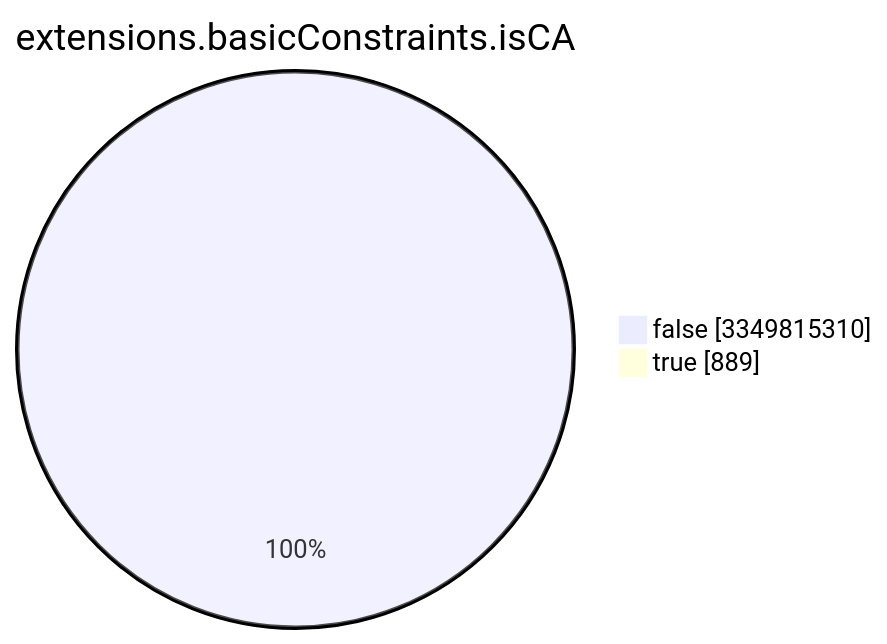
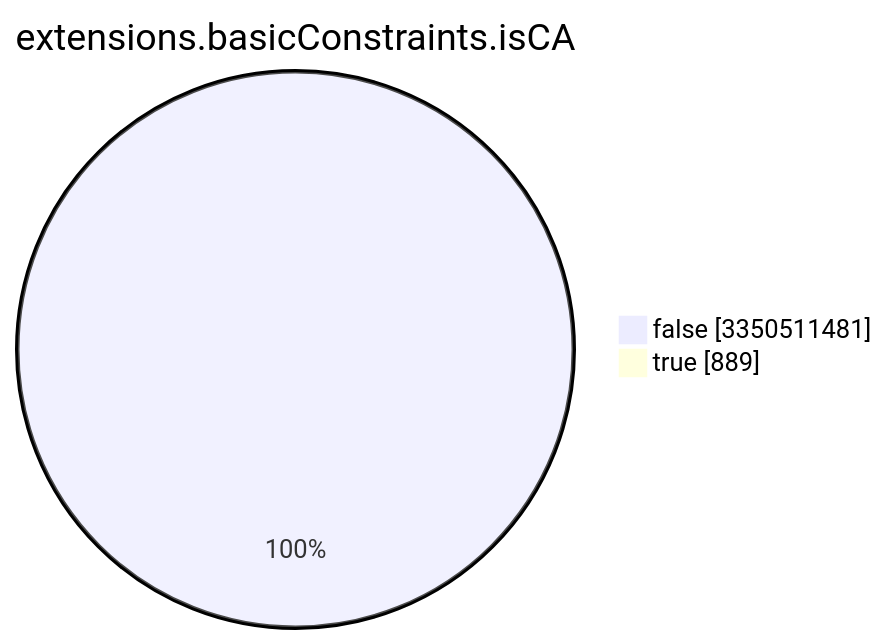
Before and after one commit to christiankrug/ctmonitor_visualization: the seventh of 15 diagrams in TOTAL/README.md, drawn with Mermaid. The commit also changed other lines of this file, not shown here.

````diff
--- a/TOTAL/README.md
+++ b/TOTAL/README.md
@@ -3089,6 +3089,6 @@
 ```mermaid
 pie showData
 title extensions.basicConstraints.isCA
-"false" :3349815310
+"false" :3350511481
 "true" :889
 ```
````
